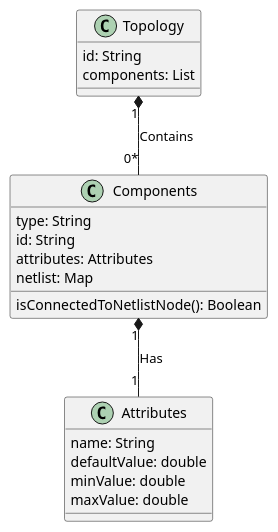
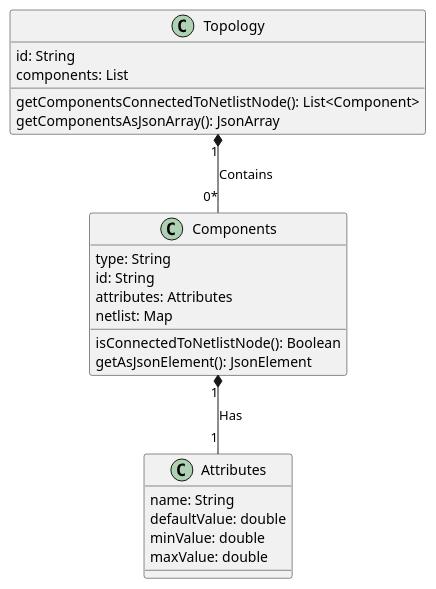
Before and after one commit to KarimElsayad247/MasterMicroTopologyAPI: the diagram in classDiagram.puml, drawn with PlantUML.

Commit message:
Update UML class diagram

```diff
--- a/classDiagram.puml
+++ b/classDiagram.puml
@@ -1,22 +1,26 @@
 @startuml
 class Topology {
     id: String
     components: List
+    getComponentsConnectedToNetlistNode(): List<Component>
+    getComponentsAsJsonArray(): JsonArray
 }
+
 class Components {
     type: String
     id: String
     attributes: Attributes
     netlist: Map
     isConnectedToNetlistNode(): Boolean
+    getAsJsonElement(): JsonElement
 }
 
 class Attributes {
     name: String
     defaultValue: double
     minValue: double
     maxValue: double
 }
 Topology "1" *-- "0*" Components : Contains
 Components "1" *-- "1" Attributes : Has
 @enduml
```
